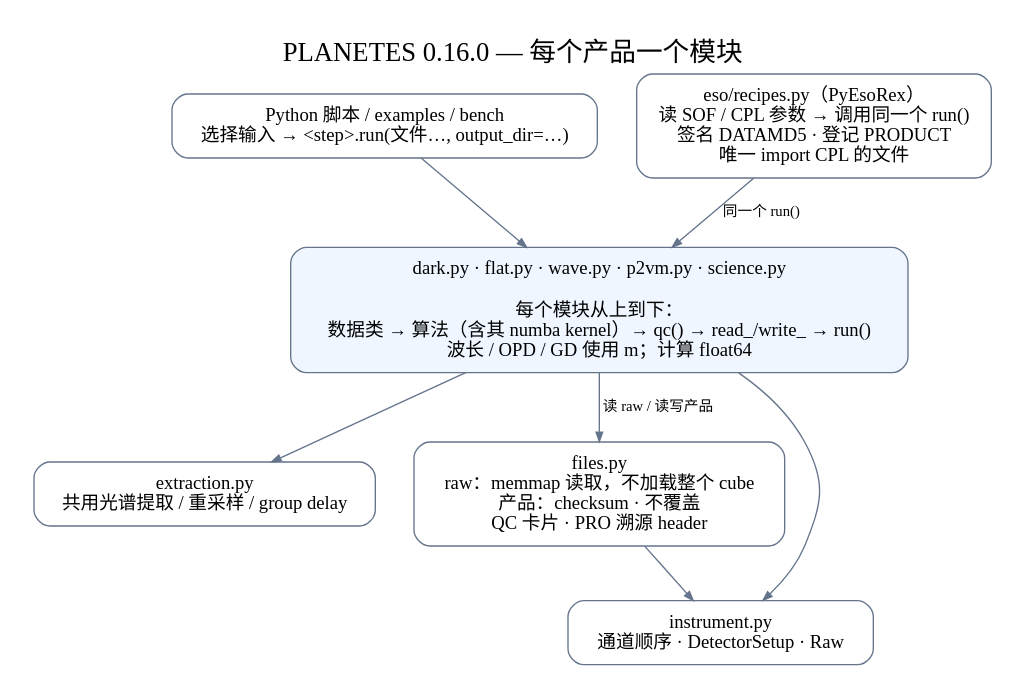
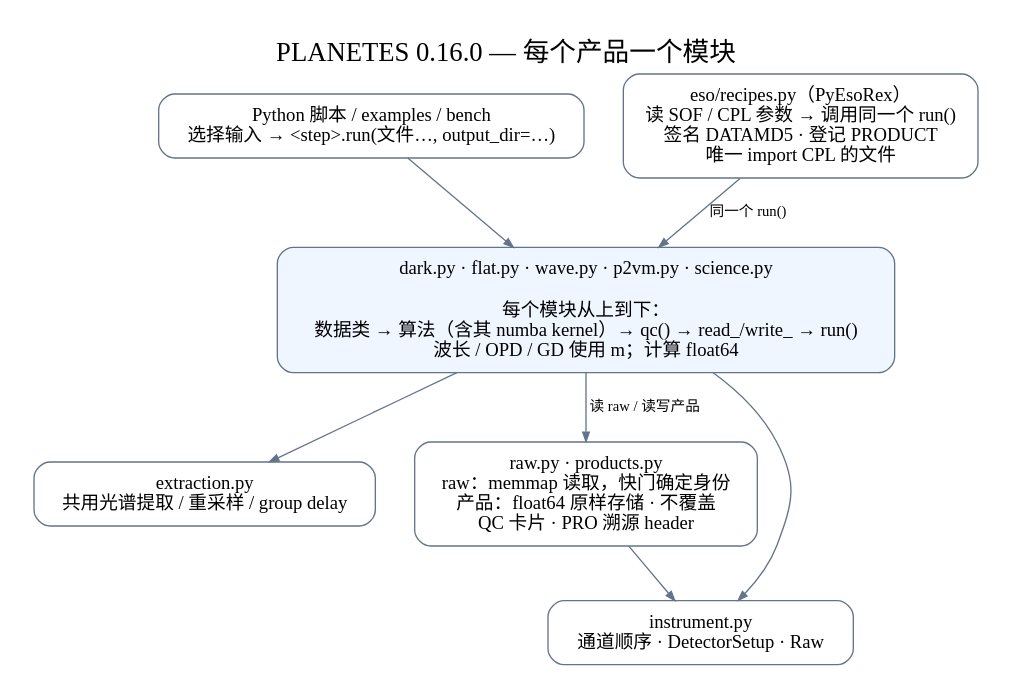
The diagram in docs/architecture.dot (zexwu/planetes_pipe), drawn with Graphviz before and after one commit. The commit also changed 28 other files, not shown here.

First line of the commit message:
Store products as float64; split files.py into raw.py and products.py

```diff
--- a/docs/architecture.dot
+++ b/docs/architecture.dot
@@ -1,18 +1,18 @@
 digraph Architecture {
   graph [rankdir=TB, bgcolor="white", pad=0.25, nodesep=0.4, ranksep=0.55, fontname="PingFang SC", fontsize=20, label="PLANETES 0.16.0 — 每个产品一个模块", labelloc=t];
   node [shape=box, style="rounded", fontname="PingFang SC", fontsize=14, color="#64748b", margin="0.16,0.12"];
   edge [fontname="PingFang SC", fontsize=11, color="#64748b", arrowsize=0.7];
   python [label="Python 脚本 / examples / bench\n选择输入 → <step>.run(文件…, output_dir=…)"];
   recipes [label="eso/recipes.py（PyEsoRex）\n读 SOF / CPL 参数 → 调用同一个 run()\n签名 DATAMD5 · 登记 PRODUCT\n唯一 import CPL 的文件"];
   steps [label="dark.py · flat.py · wave.py · p2vm.py · science.py\n\n每个模块从上到下：\n数据类 → 算法（含其 numba kernel）→ qc() → read_/write_ → run()\n波长 / OPD / GD 使用 m；计算 float64", style="rounded,filled", fillcolor="#eff6ff"];
   shared [label="extraction.py\n共用光谱提取 / 重采样 / group delay"];
-  files [label="files.py\nraw：memmap 读取，不加载整个 cube\n产品：checksum · 不覆盖\nQC 卡片 · PRO 溯源 header"];
+  files [label="raw.py · products.py\nraw：memmap 读取，快门确定身份\n产品：float64 原样存储 · 不覆盖\nQC 卡片 · PRO 溯源 header"];
   base [label="instrument.py\n通道顺序 · DetectorSetup · Raw"];
   {rank=same; python; recipes;}
   python -> steps;
   recipes -> steps [label="同一个 run()"];
   steps -> shared;
   steps -> files [label="读 raw / 读写产品"];
   files -> base;
   steps -> base;
 }
```
